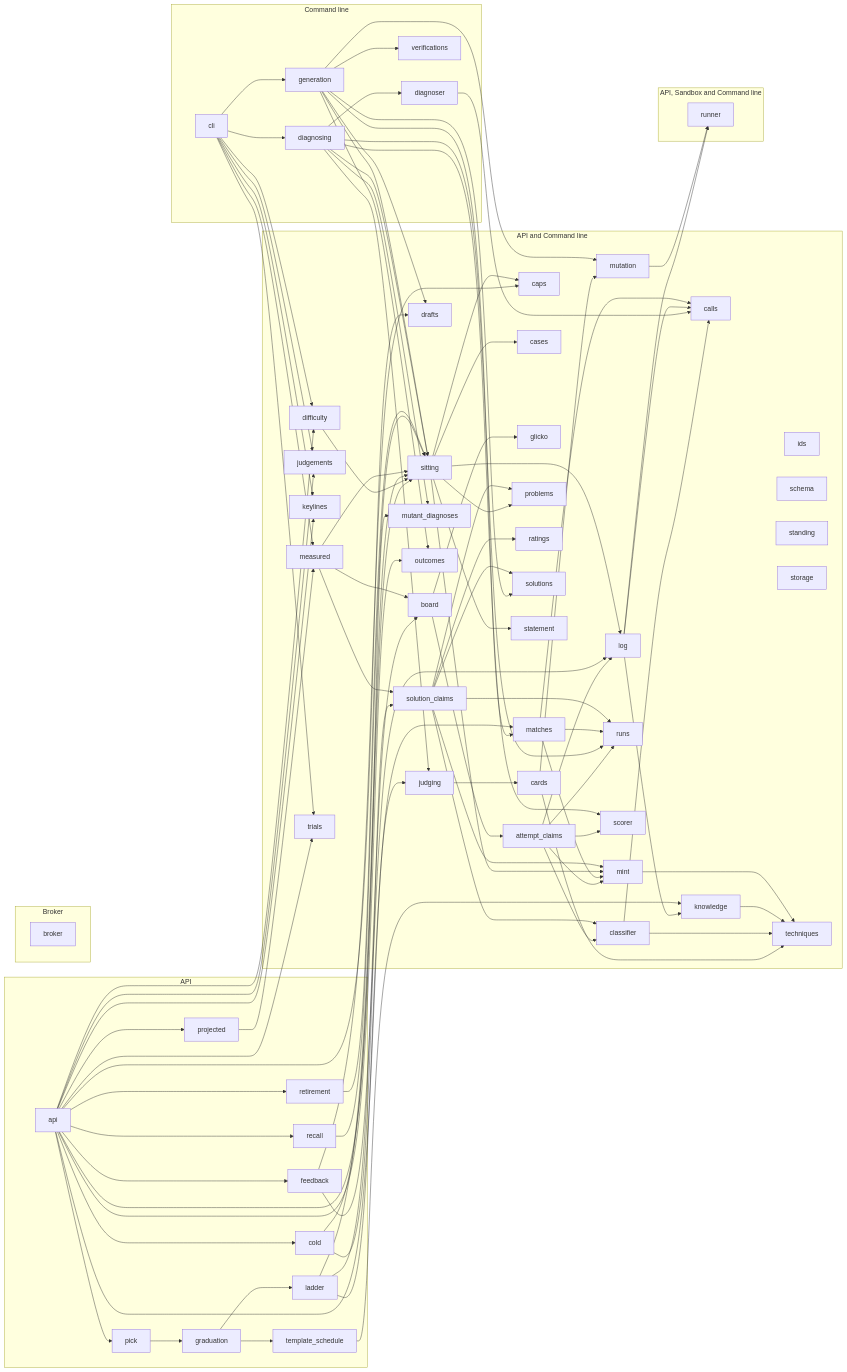
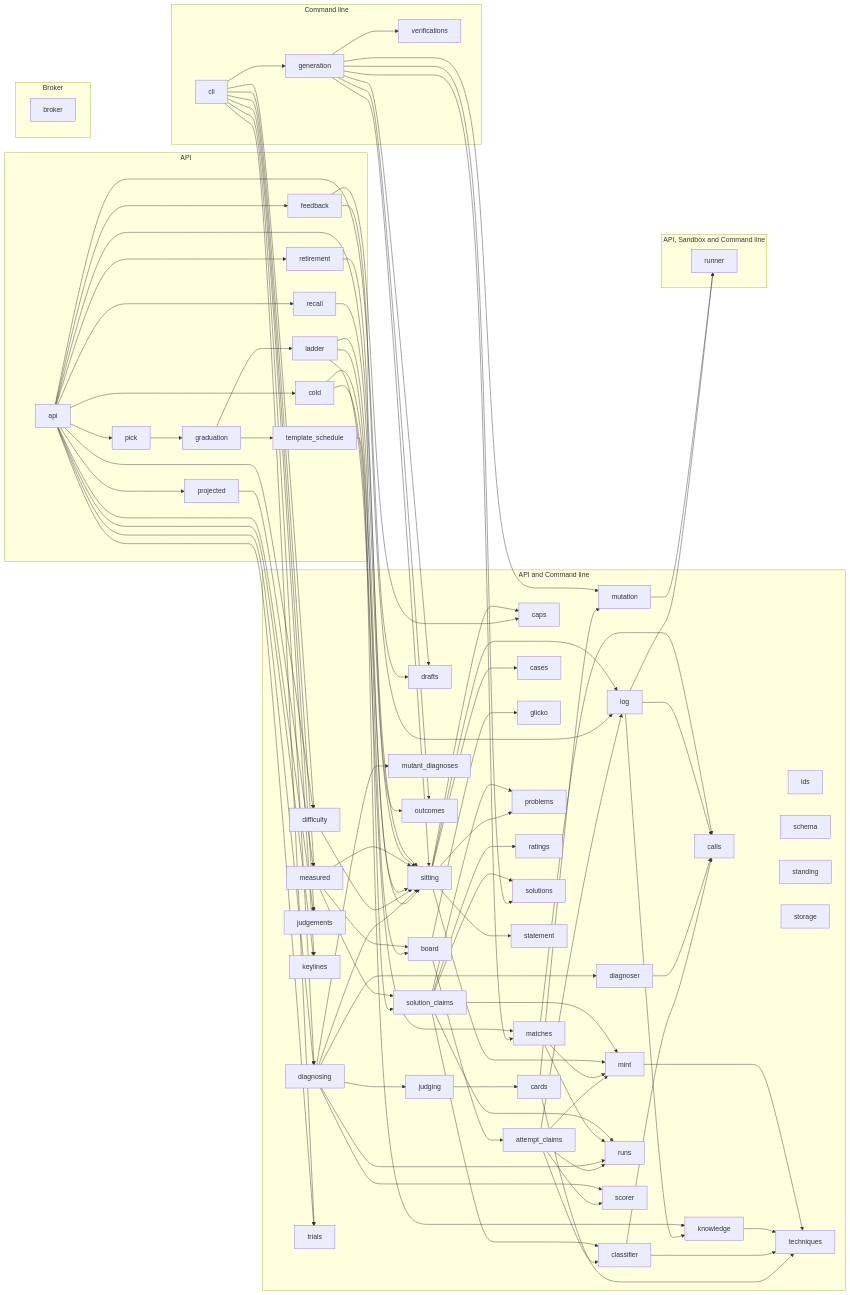
Before and after one commit to climbance/climbance: the diagram in docs/architecture/modules.md, drawn with Mermaid. The commit also changed 11 other files, not shown here.

```diff
--- a/docs/architecture/modules.md
+++ b/docs/architecture/modules.md
@@ -51,8 +51,6 @@
     end
     subgraph g2["Command line"]
         climb_cli["cli"]
-        climb_diagnoser["diagnoser"]
-        climb_diagnosing["diagnosing"]
         climb_generation["generation"]
         climb_verifications["verifications"]
     end
@@ -64,6 +62,8 @@
         climb_cards["cards"]
         climb_cases["cases"]
         climb_classifier["classifier"]
+        climb_diagnoser["diagnoser"]
+        climb_diagnosing["diagnosing"]
         climb_difficulty["difficulty"]
         climb_drafts["drafts"]
         climb_glicko["glicko"]
@@ -97,13 +97,12 @@
         climb_runner["runner"]
     end
     climb_api --> climb_cold
+    climb_api --> climb_diagnosing
     climb_api --> climb_difficulty
     climb_api --> climb_drafts
     climb_api --> climb_feedback
     climb_api --> climb_judgements
-    climb_api --> climb_judging
     climb_api --> climb_keylines
-    climb_api --> climb_mutant_diagnoses
     climb_api --> climb_outcomes
     climb_api --> climb_pick
     climb_api --> climb_projected
```
